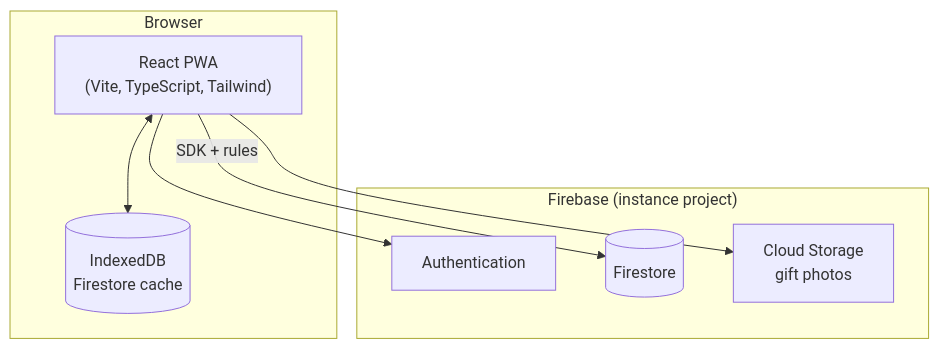
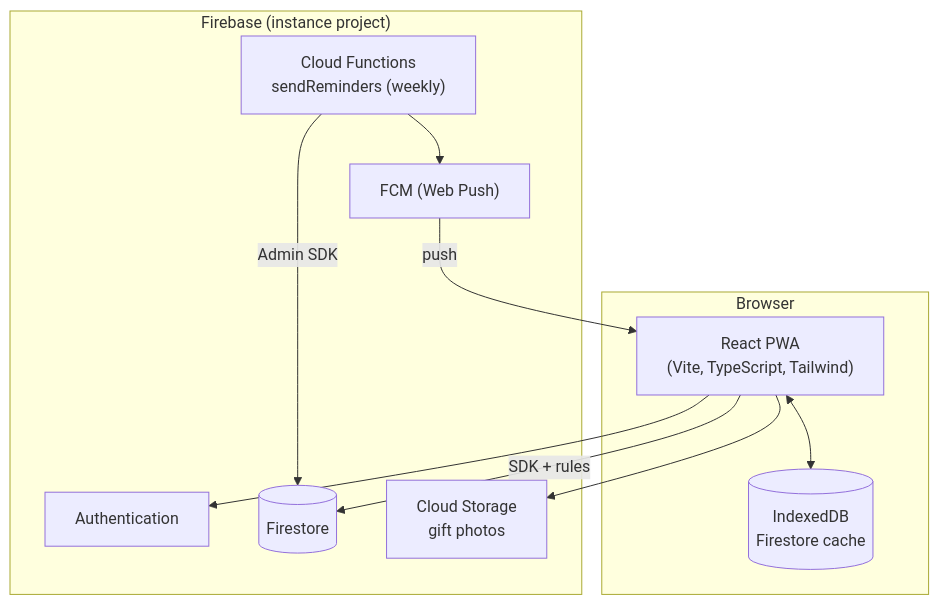
The diagram in docs/architecture.md (Seven-Panda-Labs/24), drawn with Mermaid before and after one commit. The commit also changed other lines of this file and 30 other files, not shown here.

First line of the commit message:
Add optional weekly push reminders

````diff
--- a/docs/architecture.md
+++ b/docs/architecture.md
@@ -5,18 +5,22 @@
 ```mermaid
 flowchart TB
   subgraph Browser
     PWA["React PWA<br/>(Vite, TypeScript, Tailwind)"]
     IDB[("IndexedDB<br/>Firestore cache")]
   end
 
   subgraph Firebase["Firebase (instance project)"]
     AUTH["Authentication"]
     FS[("Firestore")]
     STG["Cloud Storage<br/>gift photos"]
+    CF["Cloud Functions<br/>sendReminders (weekly)"]
+    FCM["FCM (Web Push)"]
   end
 
   PWA --> AUTH
   PWA -->|SDK + rules| FS
   PWA --> STG
+  CF -->|Admin SDK| FS
+  CF --> FCM -->|push| PWA
   PWA <--> IDB
 ```
````
